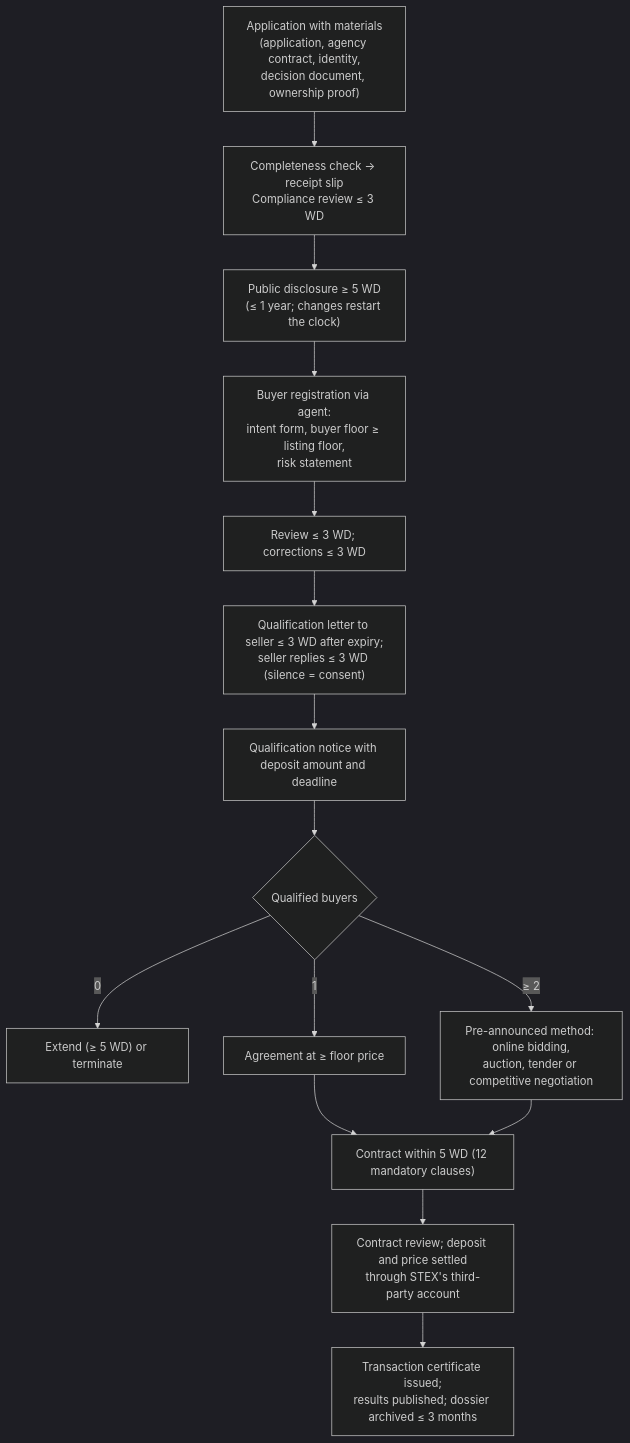
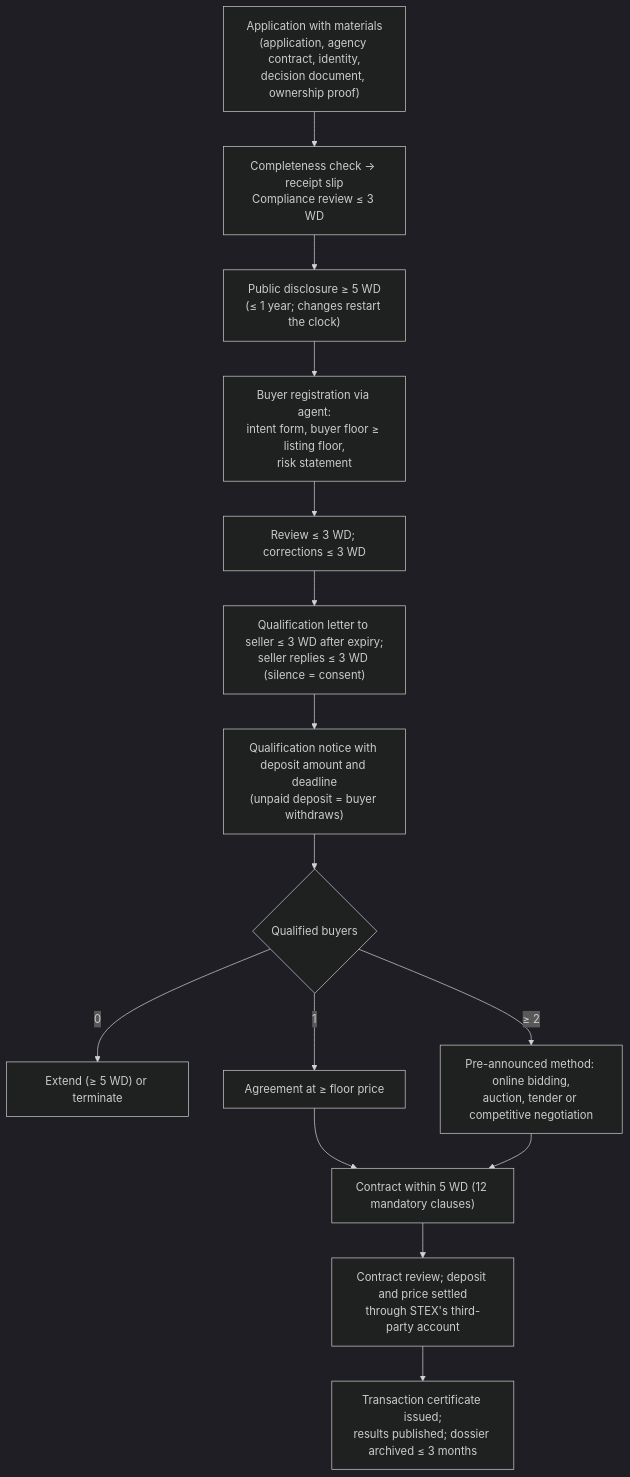
One commit to greensoft-atom/tex-platform changed the first of 3 diagrams in 09-reference-platform-features.md. Above: the diagram before and after it, drawn with Mermaid (dark theme). The commit also changed other lines of this file and 615 other files, not shown here.

````diff
--- a/09-reference-platform-features.md
+++ b/09-reference-platform-features.md
@@ -91,17 +117,17 @@
 ```mermaid
 flowchart TD
     A["Application with materials<br/>(application, agency contract, identity,<br/>decision document, ownership proof)"] --> B["Completeness check → receipt slip<br/>Compliance review ≤ 3 WD"]
     B --> C["Public disclosure ≥ 5 WD<br/>(≤ 1 year; changes restart the clock)"]
     C --> D["Buyer registration via agent:<br/>intent form, buyer floor ≥ listing floor,<br/>risk statement"]
     D --> E["Review ≤ 3 WD; corrections ≤ 3 WD"]
     E --> F["Qualification letter to seller ≤ 3 WD after expiry;<br/>seller replies ≤ 3 WD (silence = consent)"]
-    F --> G["Qualification notice with deposit amount and deadline"]
+    F --> G["Qualification notice with deposit amount and deadline<br/>(unpaid deposit = buyer withdraws)"]
     G --> H{"Qualified buyers"}
     H -->|"0"| I["Extend (≥ 5 WD) or terminate"]
     H -->|"1"| J["Agreement at ≥ floor price"]
     H -->|"≥ 2"| K["Pre-announced method: online bidding,<br/>auction, tender or competitive negotiation"]
     J --> L["Contract within 5 WD (12 mandatory clauses)"]
     K --> L
     L --> M["Contract review; deposit and price settled<br/>through STEX's third-party account"]
     M --> N["Transaction certificate issued;<br/>results published; dossier archived ≤ 3 months"]
 ```
````
